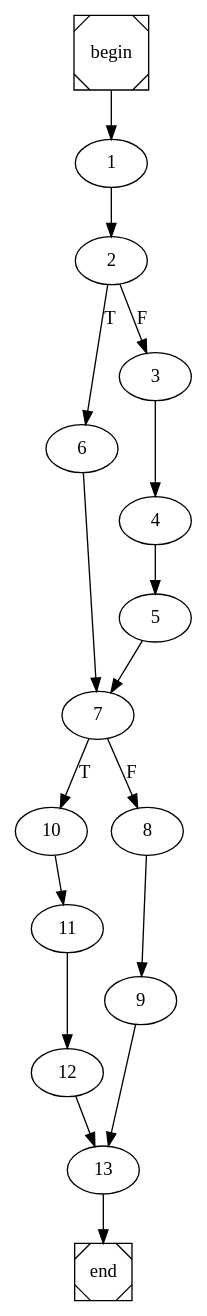
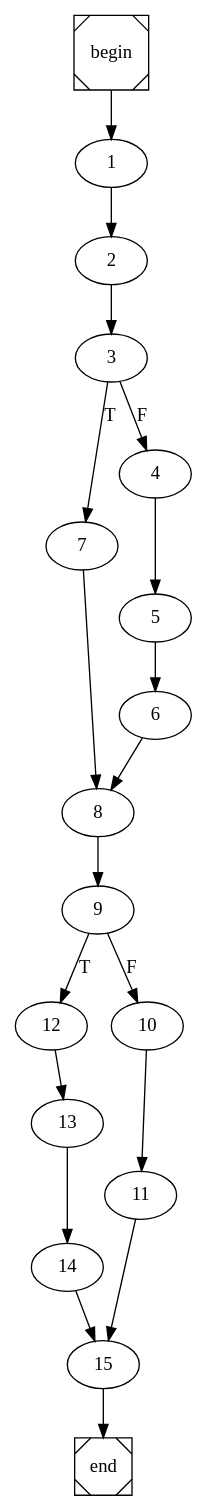
One commit to ivSaav/COMP changed the diagram in quicksort.dot. Above: the diagram before and after it, drawn with Graphviz. The commit also changed 6 other files, not shown here.

```diff
--- a/quicksort.dot
+++ b/quicksort.dot
@@ -1,4 +1,4 @@
 digraph cfg {
 	begin [shape=Msquare];
 	end [shape=Msquare];
-	begin -> 1;	1 -> 2;	2 -> 6[label=T];	2 -> 3[label=F];	3 -> 4;	4 -> 5;	5 -> 7;	6 -> 7;	7 -> 10[label=T];	7 -> 8[label=F];	8 -> 9;	9 -> 13;	10 -> 11;	11 -> 12;	12 -> 13;	13 -> end;}
+	begin -> 1;	1 -> 2;	2 -> 3;	3 -> 7[label=T];	3 -> 4[label=F];	4 -> 5;	5 -> 6;	6 -> 8;	7 -> 8;	8 -> 9;	9 -> 12[label=T];	9 -> 10[label=F];	10 -> 11;	11 -> 15;	12 -> 13;	13 -> 14;	14 -> 15;	15 -> end;}
```
